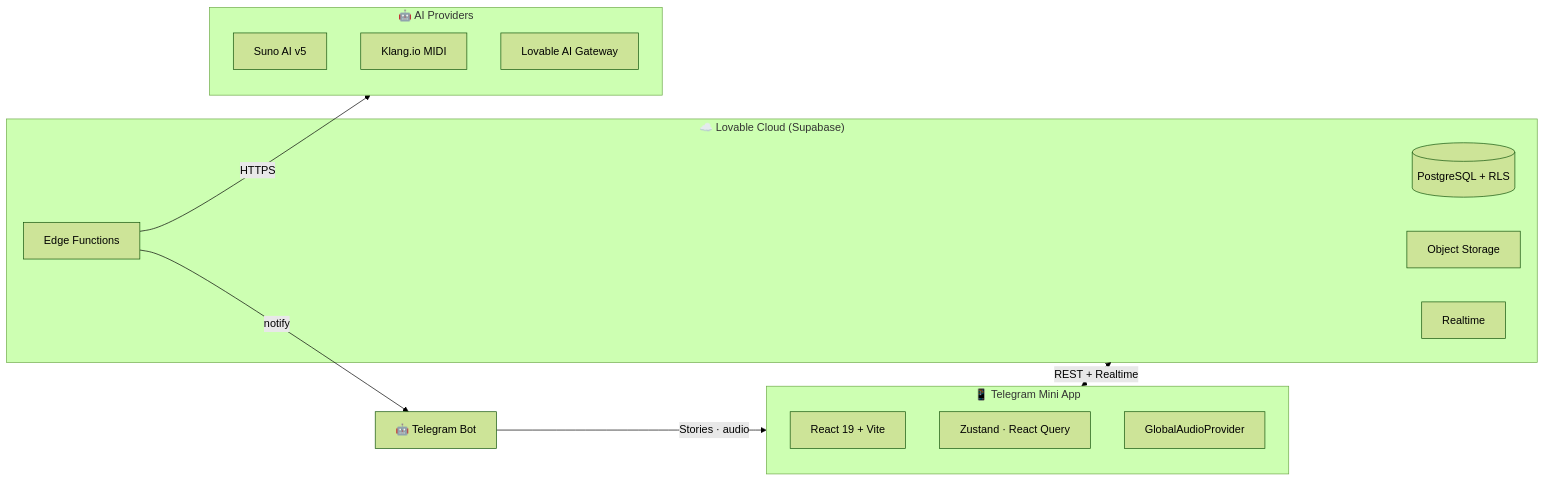
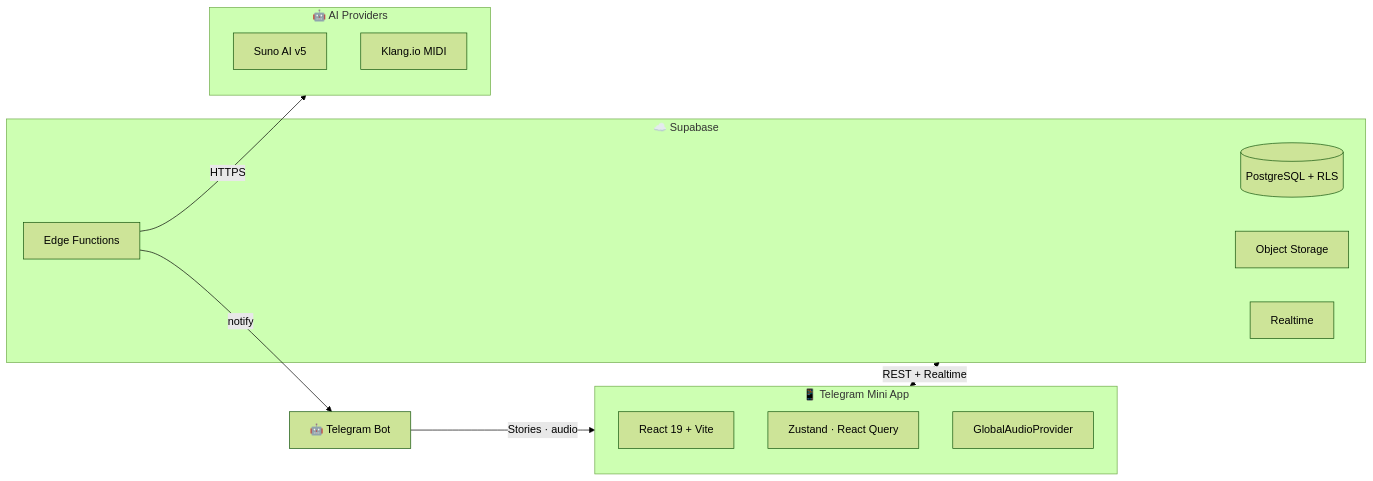
One commit to HOW2AI-AGENCY/aimusicverse changed the first of 2 diagrams in README.md. Above: the diagram before and after it, drawn with Mermaid (forest theme). The commit also changed other lines of this file, not shown here.

````diff
--- a/README.md
+++ b/README.md
@@ -72,23 +110,22 @@
 ```mermaid
 flowchart LR
     subgraph Client["📱 Telegram Mini App"]
         UI[React 19 + Vite]
         State[Zustand · React Query]
         Audio[GlobalAudioProvider]
     end
-    subgraph Cloud["☁️ Lovable Cloud (Supabase)"]
+    subgraph Cloud["☁️ Supabase"]
         DB[(PostgreSQL + RLS)]
         Edge[Edge Functions]
         Storage[Object Storage]
         Realtime[Realtime]
     end
     subgraph AI["🤖 AI Providers"]
         Suno[Suno AI v5]
         Klang[Klang.io MIDI]
-        Gateway[Lovable AI Gateway]
     end
     Client <-->|REST + Realtime| Cloud
     Edge -->|HTTPS| AI
     Edge -->|notify| Bot[🤖 Telegram Bot]
     Bot -->|Stories · audio| Client
 ```
````
